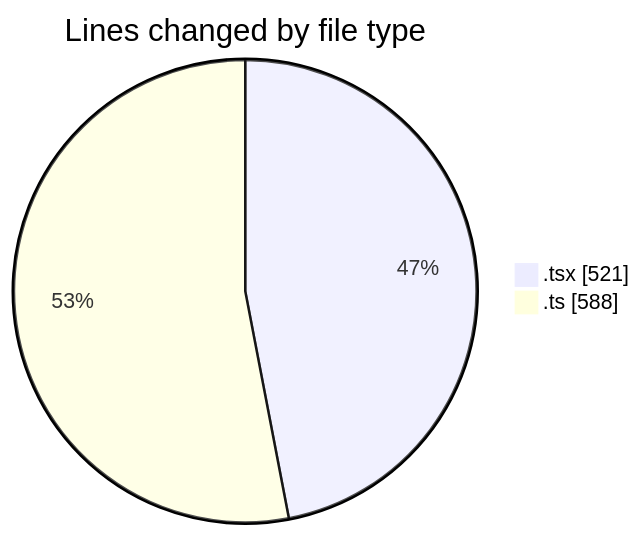
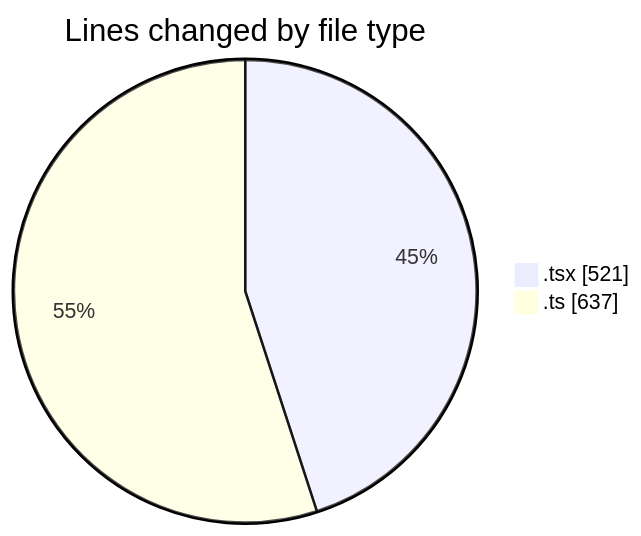
One commit to nxtqubesakshisongat/code-tracking changed the first of 2 diagrams in 2026-02-24/nxtqube_webapp/README.md. Above: the diagram before and after it, drawn with Mermaid. The commit also changed other lines of this file and 1 other file, not shown here.

````diff
--- a/2026-02-24/nxtqube_webapp/README.md
+++ b/2026-02-24/nxtqube_webapp/README.md
@@ -23,6 +24,6 @@
 ```mermaid
 pie showData
 title Lines changed by file type
 ".tsx" : 521
-".ts" : 588
+".ts" : 637
 ```
````
